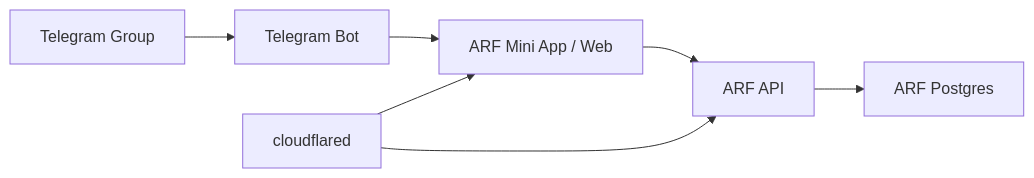
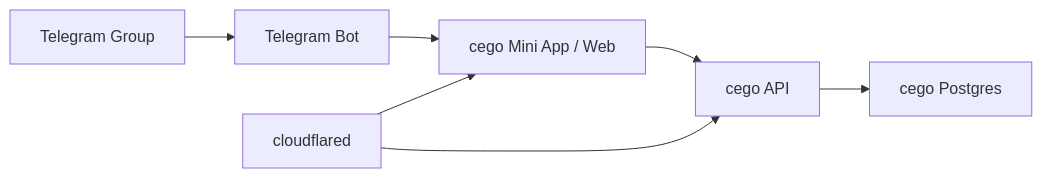
The diagram in docs/03-architecture.md (KuRue/cego), drawn with Mermaid before and after one commit. The commit also changed other lines of this file and 101 other files, not shown here.

````diff
--- a/docs/03-architecture.md
+++ b/docs/03-architecture.md
@@ -18,9 +18,9 @@
 ```mermaid
 flowchart LR
   TG["Telegram Group"] --> BOT["Telegram Bot"]
-  BOT --> APP["ARF Mini App / Web"]
-  APP --> API["ARF API"]
-  API --> DB["ARF Postgres"]
+  BOT --> APP["cego Mini App / Web"]
+  APP --> API["cego API"]
+  API --> DB["cego Postgres"]
   CF["cloudflared"] --> APP
   CF --> API
 ```
````
